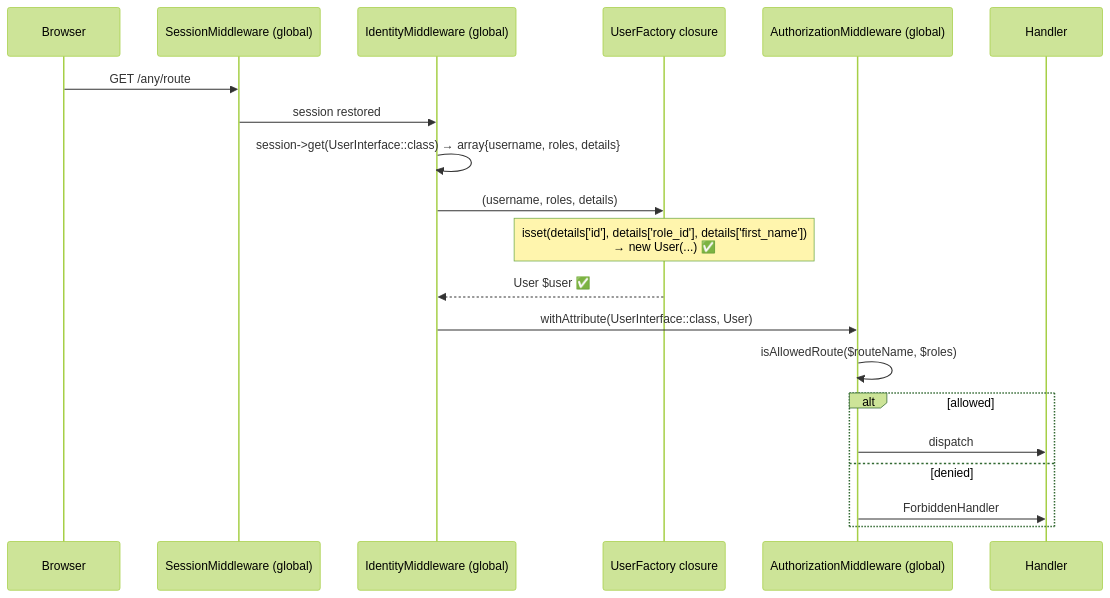
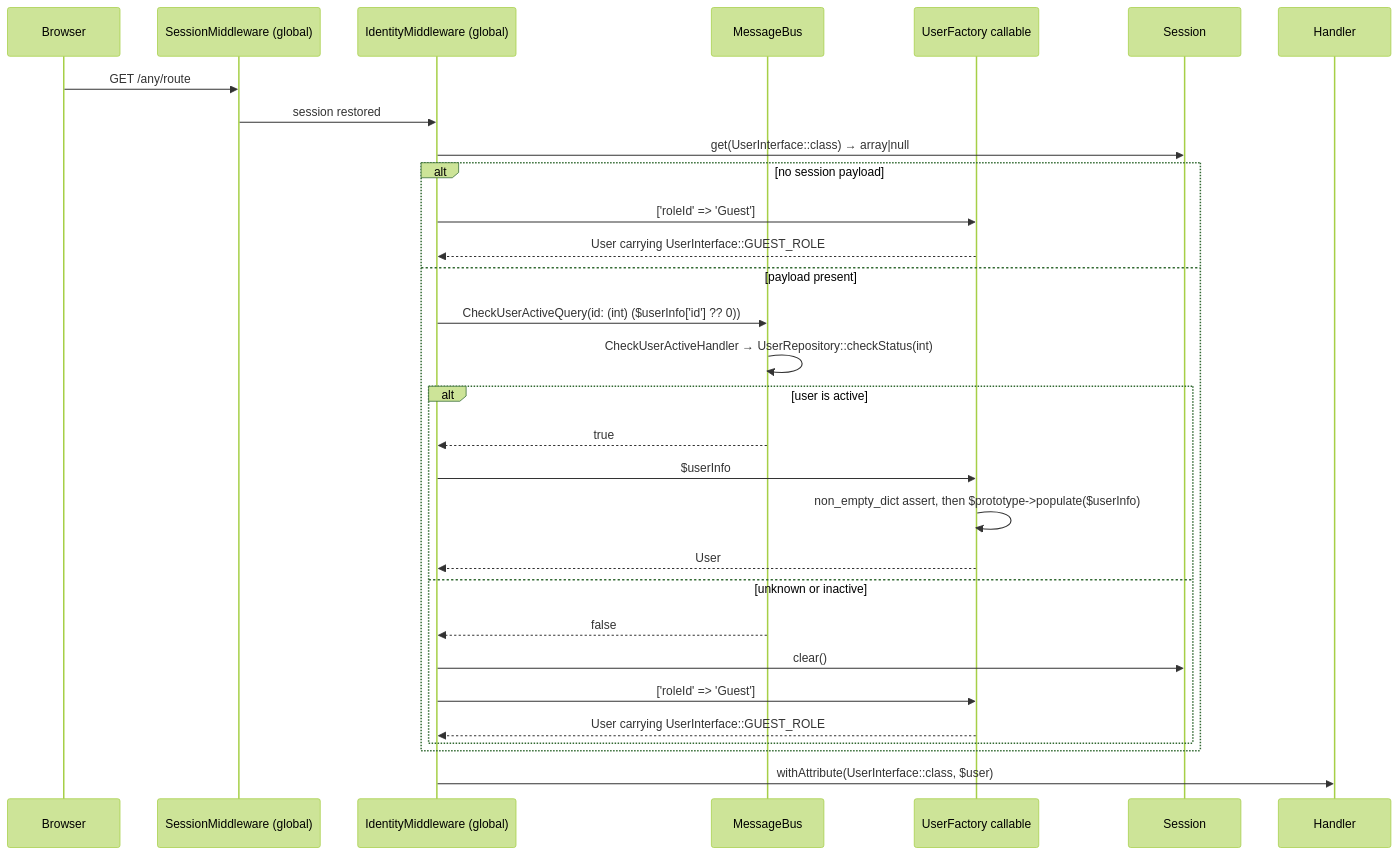
The second of 2 diagrams in docs/identity-flow.md (webinertia/webware-usermanager), drawn with Mermaid (forest theme) before and after one commit. The commit also changed other lines of this file and 4 other files, not shown here.

````diff
--- a/docs/identity-flow.md
+++ b/docs/identity-flow.md
@@ -47,23 +59,35 @@
 ```mermaid
 sequenceDiagram
     participant Browser
     participant SessionMW as SessionMiddleware (global)
     participant IdentMW as IdentityMiddleware (global)
-    participant UserFactory as UserFactory closure
-    participant AuthMW as AuthorizationMiddleware (global)
+    participant Bus as MessageBus
+    participant Factory as UserFactory callable
+    participant Session
     participant Handler
 
     Browser->>SessionMW: GET /any/route
     SessionMW->>IdentMW: session restored
-    IdentMW->>IdentMW: session->get(UserInterface::class) → array{username, roles, details}
-    IdentMW->>UserFactory: (username, roles, details)
-    Note over UserFactory: isset(details['id'], details['role_id'], details['first_name'])<br/>→ new User(...) ✅
-    UserFactory-->>IdentMW: User $user ✅
-    IdentMW->>AuthMW: withAttribute(UserInterface::class, User)
-    AuthMW->>AuthMW: isAllowedRoute($routeName, $roles)
-    alt allowed
-        AuthMW->>Handler: dispatch
-    else denied
-        AuthMW->>Handler: ForbiddenHandler
+    IdentMW->>Session: get(UserInterface::class) → array|null
+
+    alt no session payload
+        IdentMW->>Factory: ['roleId' => 'Guest']
+        Factory-->>IdentMW: User carrying UserInterface::GUEST_ROLE
+    else payload present
+        IdentMW->>Bus: CheckUserActiveQuery(id: (int) ($userInfo['id'] ?? 0))
+        Bus->>Bus: CheckUserActiveHandler → UserRepository::checkStatus(int)
+        alt user is active
+            Bus-->>IdentMW: true
+            IdentMW->>Factory: $userInfo
+            Factory->>Factory: non_empty_dict assert, then $prototype->populate($userInfo)
+            Factory-->>IdentMW: User
+        else unknown or inactive
+            Bus-->>IdentMW: false
+            IdentMW->>Session: clear()
+            IdentMW->>Factory: ['roleId' => 'Guest']
+            Factory-->>IdentMW: User carrying UserInterface::GUEST_ROLE
+        end
     end
+
+    IdentMW->>Handler: withAttribute(UserInterface::class, $user)
 ```
````
